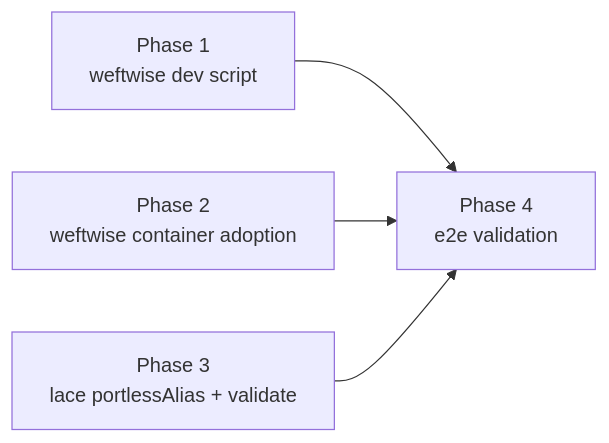
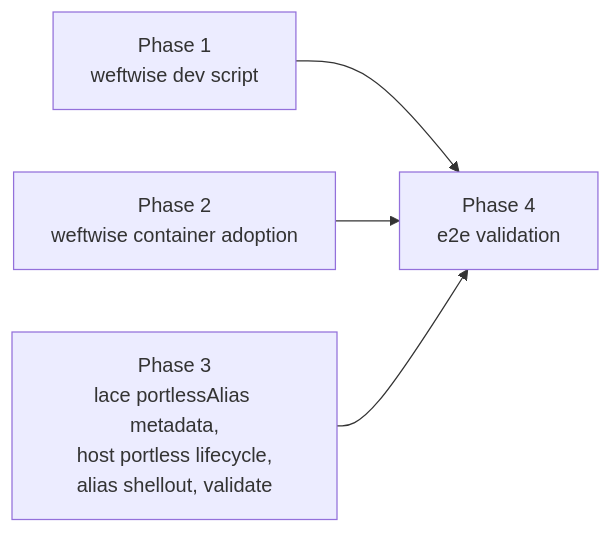
The second of 2 diagrams in cdocs/proposals/2026-05-13-rfp-weftwise-parallel-feature-development.md (weftwiseink/lace), drawn with Mermaid before and after one commit. The commit also changed other lines of this file and 2 other files, not shown here.

First line of the commit message:
docs(weftwise-parallel-dev): pivot v1 to single-host-portless on :1355

````diff
--- a/cdocs/proposals/2026-05-13-rfp-weftwise-parallel-feature-development.md
+++ b/cdocs/proposals/2026-05-13-rfp-weftwise-parallel-feature-development.md
@@ -129,10 +137,10 @@
 ```mermaid
 flowchart LR
   P1[Phase 1<br/>weftwise dev script]
   P2[Phase 2<br/>weftwise container adoption]
-  P3[Phase 3<br/>lace portlessAlias + validate]
+  P3[Phase 3<br/>lace portlessAlias metadata,<br/>host portless lifecycle,<br/>alias shellout, validate]
   P4[Phase 4<br/>e2e validation]
   P1 --> P4
   P2 --> P4
   P3 --> P4
 ```
````
